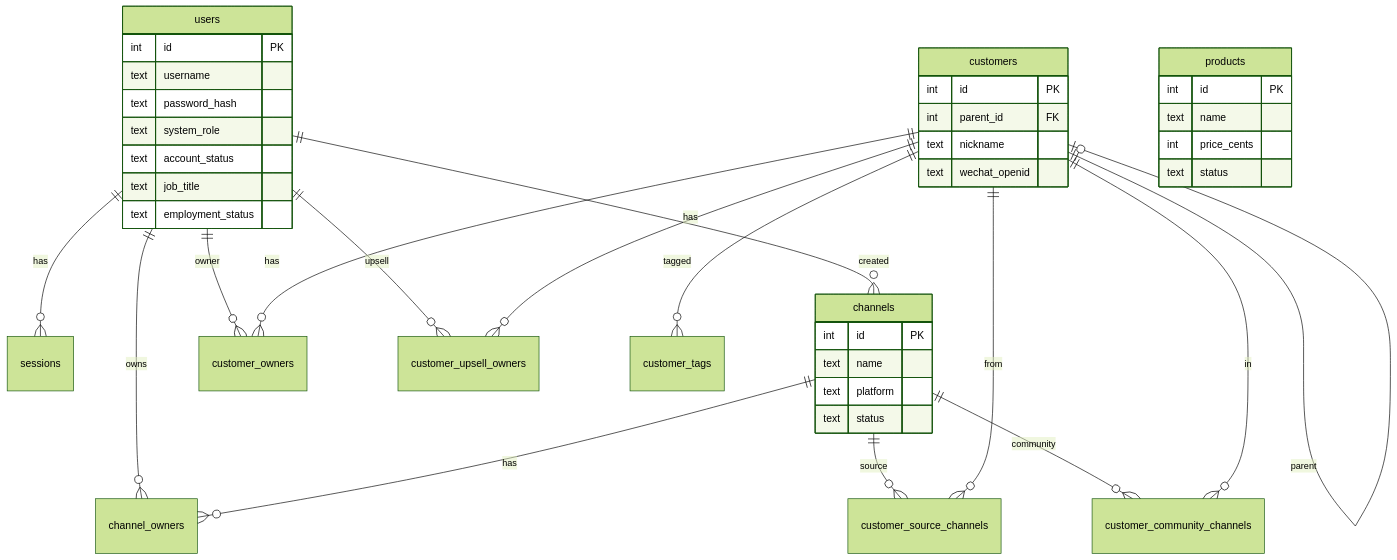
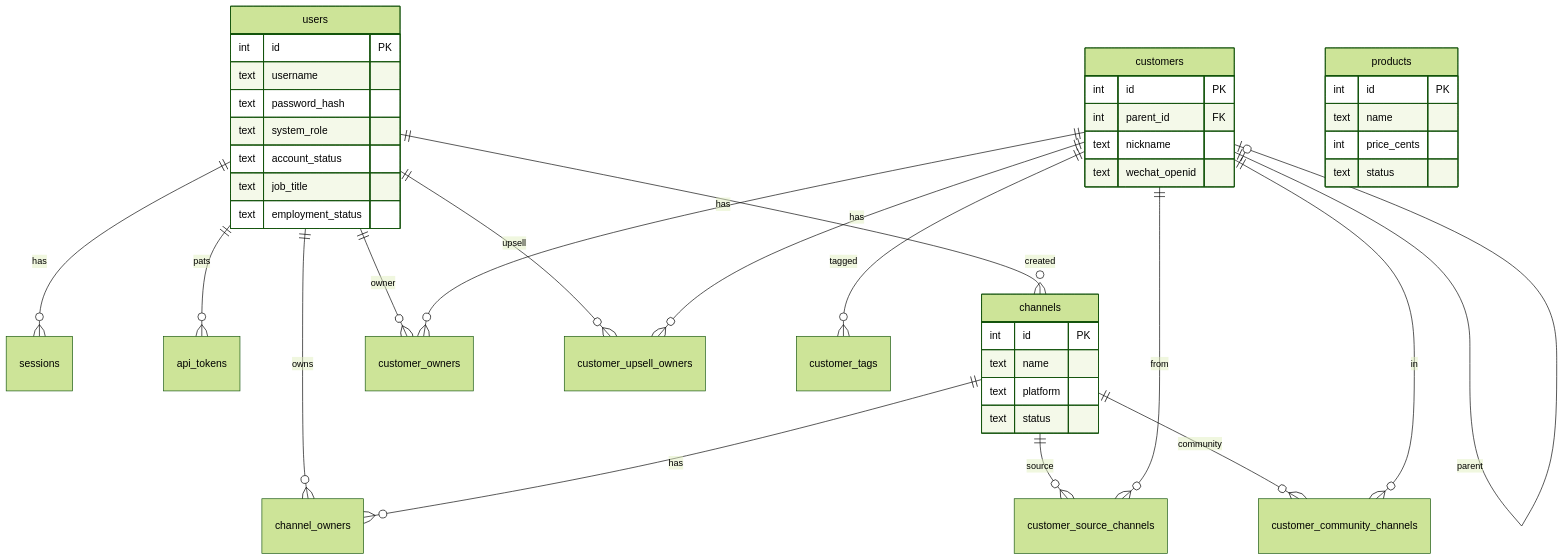
One commit to TheSecondCurve/gb-crm changed the seventh of 7 diagrams in docs/design.md. Above: the diagram before and after it, drawn with Mermaid (forest theme). The commit also changed other lines of this file and 21 other files, not shown here.

````diff
--- a/docs/design.md
+++ b/docs/design.md
@@ -827,45 +885,46 @@
 ```mermaid
 erDiagram
   users ||--o{ sessions : has
+  users ||--o{ api_tokens : pats
   users ||--o{ channels : created
   users ||--o{ channel_owners : owns
   users ||--o{ customer_owners : owner
   users ||--o{ customer_upsell_owners : upsell
   channels ||--o{ channel_owners : has
   channels ||--o{ customer_source_channels : source
   channels ||--o{ customer_community_channels : community
   customers ||--o{ customer_tags : tagged
   customers ||--o{ customer_owners : has
   customers ||--o{ customer_upsell_owners : has
   customers ||--o{ customer_source_channels : from
   customers ||--o{ customer_community_channels : in
   customers ||--o| customers : parent
 
   users {
     int id PK
     text username
     text password_hash
     text system_role
     text account_status
     text job_title
     text employment_status
   }
   channels {
     int id PK
     text name
     text platform
     text status
   }
   products {
     int id PK
     text name
     int price_cents
     text status
   }
   customers {
     int id PK
     int parent_id FK
     text nickname
     text wechat_openid
   }
 ```
````
